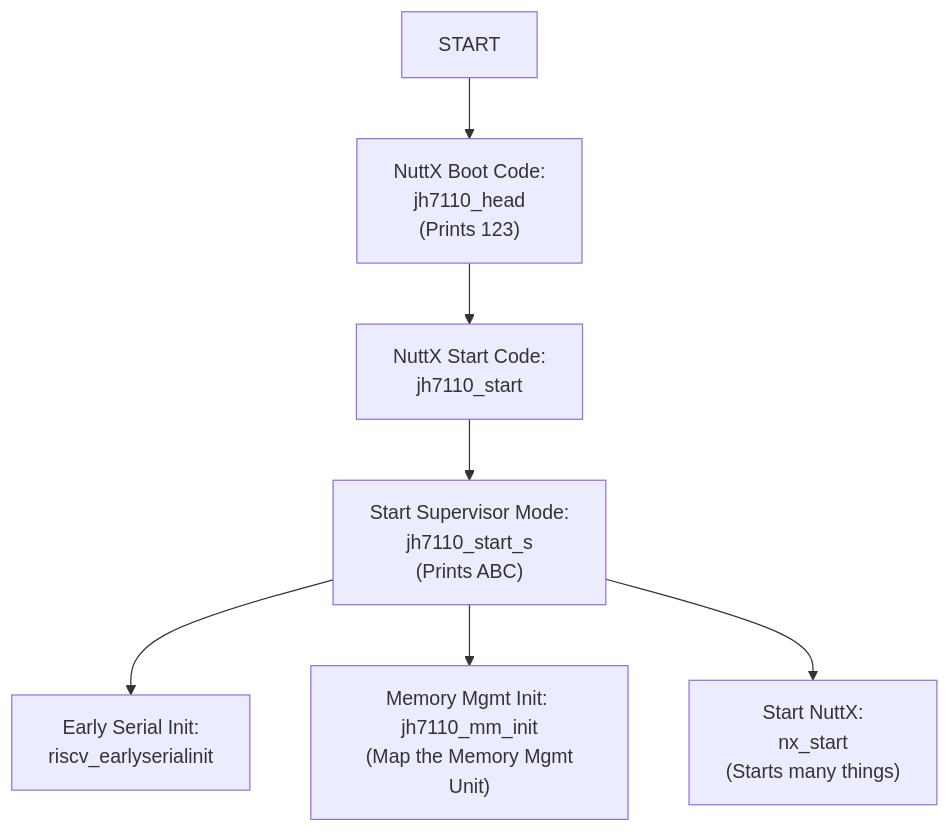
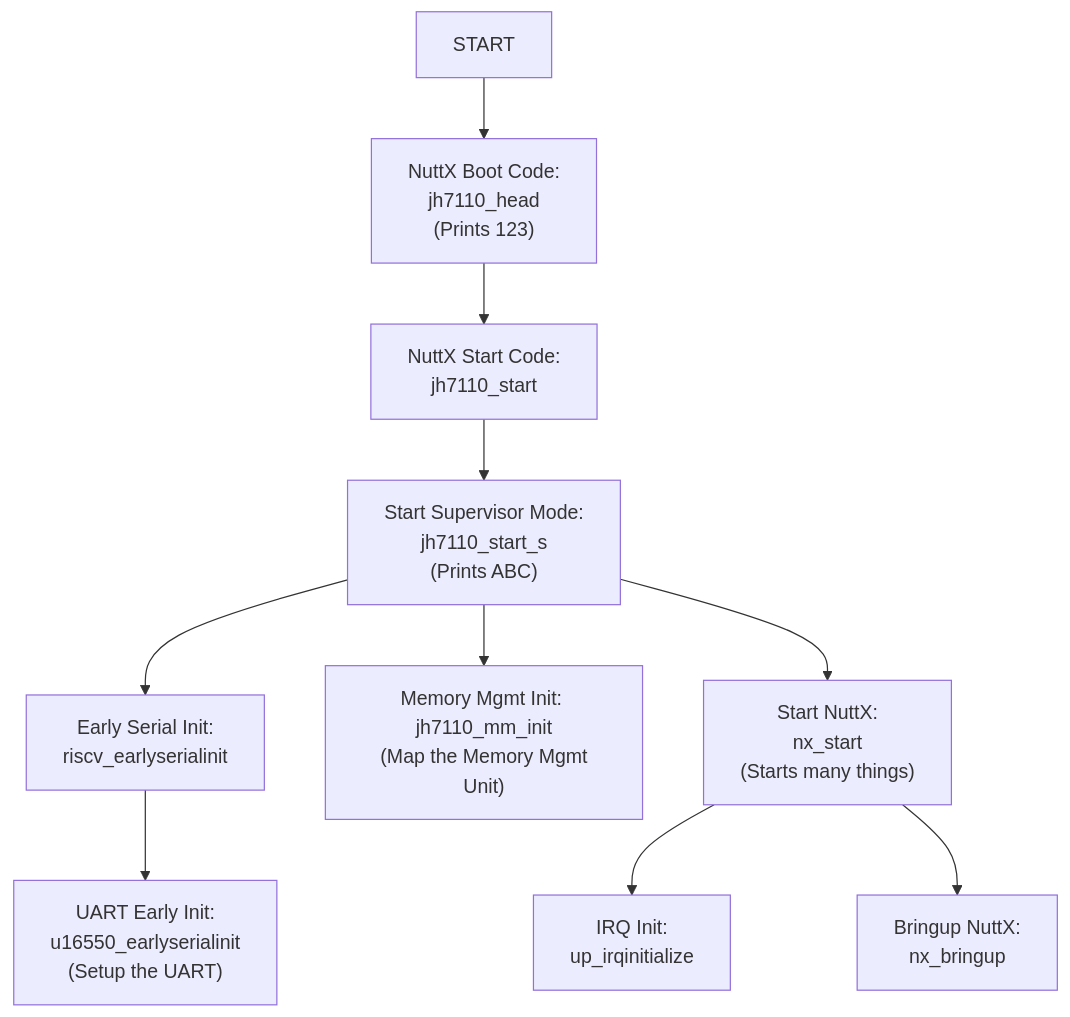
The diagram in README.md (lupyuen/nuttx-ox64), drawn with Mermaid before and after one commit. The commit also changed other lines of this file, not shown here.

````diff
--- a/README.md
+++ b/README.md
@@ -1463,21 +1463,30 @@
 ```mermaid
 flowchart TD
 START --> jh7110_head["NuttX Boot Code: \n jh7110_head \n (Prints 123)"]
 click jh7110_head href "https://github.com/lupyuen2/wip-pinephone-nuttx/blob/ox64/arch/risc-v/src/jh7110/jh7110_head.S#L41-L156" "arch/risc-v/src/jh7110/jh7110_head.S" _blank
 
 jh7110_head --> jh7110_start["NuttX Start Code: \n jh7110_start"]
 click jh7110_start href "https://github.com/lupyuen2/wip-pinephone-nuttx/blob/ox64/arch/risc-v/src/jh7110/jh7110_start.c#L129-L159" "arch/risc-v/src/jh7110/jh7110_start.c" _blank
 
 jh7110_start --> jh7110_start_s["Start Supervisor Mode: \n jh7110_start_s \n (Prints ABC)"]
 click jh7110_start_s href "https://github.com/lupyuen2/wip-pinephone-nuttx/blob/ox64/arch/risc-v/src/jh7110/jh7110_start.c#L82-L129" "arch/risc-v/src/jh7110/jh7110_start.c" _blank
 
 jh7110_start_s --> riscv_earlyserialinit["Early Serial Init: \n riscv_earlyserialinit"]
 click riscv_earlyserialinit href "https://github.com/lupyuen2/wip-pinephone-nuttx/blob/ox64/arch/risc-v/src/jh7110/jh7110_start.c#L159-L164" "arch/risc-v/src/jh7110/jh7110_start.c" _blank
 
 jh7110_start_s --> jh7110_mm_init["Memory Mgmt Init: \n jh7110_mm_init \n (Map the Memory Mgmt Unit)"]
 click jh7110_mm_init href "https://github.com/lupyuen2/wip-pinephone-nuttx/blob/ox64/arch/risc-v/src/jh7110/jh7110_mm_init.c#L259-L284" "arch/risc-v/src/jh7110/jh7110_mm_init.c" _blank
 
 jh7110_start_s --> nx_start["Start NuttX: \n nx_start \n (Starts many things)"]
 click nx_start href "https://github.com/lupyuen2/wip-pinephone-nuttx/blob/ox64/sched/init/nx_start.c#L298-L713" "sched/init/nx_start.c" _blank
 
+riscv_earlyserialinit --> u16550_earlyserialinit["UART Early Init: \n u16550_earlyserialinit \n (Setup the UART)"]
+click u16550_earlyserialinit href "https://github.com/lupyuen2/wip-pinephone-nuttx/blob/ox64/drivers/serial/uart_16550.c#L1722-L1747" "drivers/serial/uart_16550.c" _blank
+
+nx_start --> up_irqinitialize["IRQ Init: \n up_irqinitialize"]
+click up_irqinitialize href "https://github.com/lupyuen2/wip-pinephone-nuttx/blob/ox64/arch/risc-v/src/jh7110/jh7110_irq.c#L41C1-L103" "arch/risc-v/src/jh7110/jh7110_irq.c#" _blank
+
+nx_start --> nx_bringup["Bringup NuttX: \n nx_bringup"]
+click nx_bringup href "https://github.com/lupyuen2/wip-pinephone-nuttx/blob/ox64/sched/init/nx_bringup.c#L373-L462" "sched/init/nx_bringup.c" _blank
+
 ```
````
